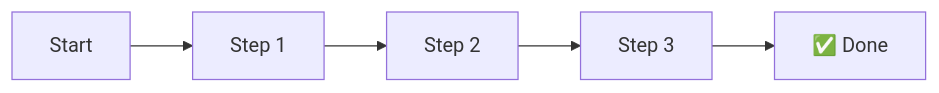
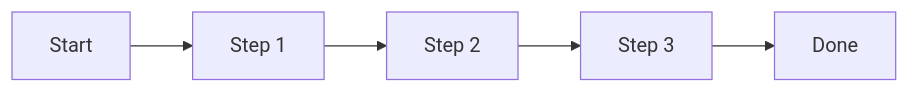
One commit to vuanhtu1993/vuanhtu1993.github.io changed the diagram in .agent/skills/create-tech-lecture/templates/tutorial.md. Above: the diagram before and after it, drawn with Mermaid. The commit also changed other lines of this file and 13 other files, not shown here.

````diff
--- a/.agent/skills/create-tech-lecture/templates/tutorial.md
+++ b/.agent/skills/create-tech-lecture/templates/tutorial.md
@@ -14,7 +14,7 @@
 ```mermaid
 flowchart LR
     A[Start] --> B[Step 1]
     B --> C[Step 2]
     C --> D[Step 3]
-    D --> E[✅ Done]
+    D --> E[Done]
 ```
````
